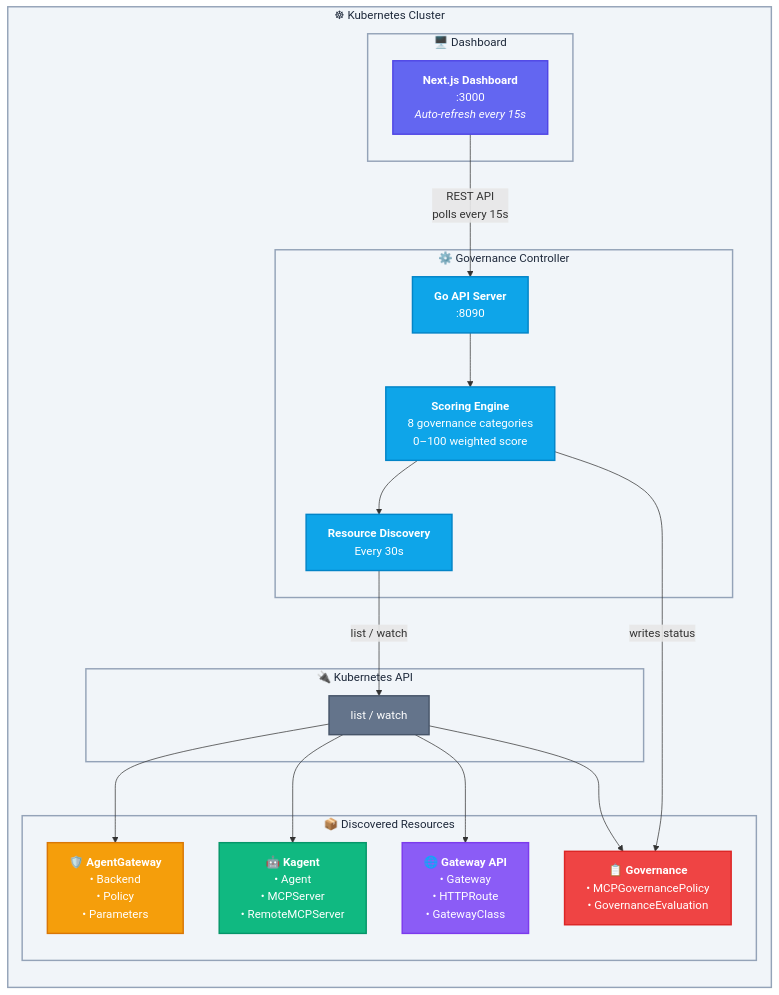
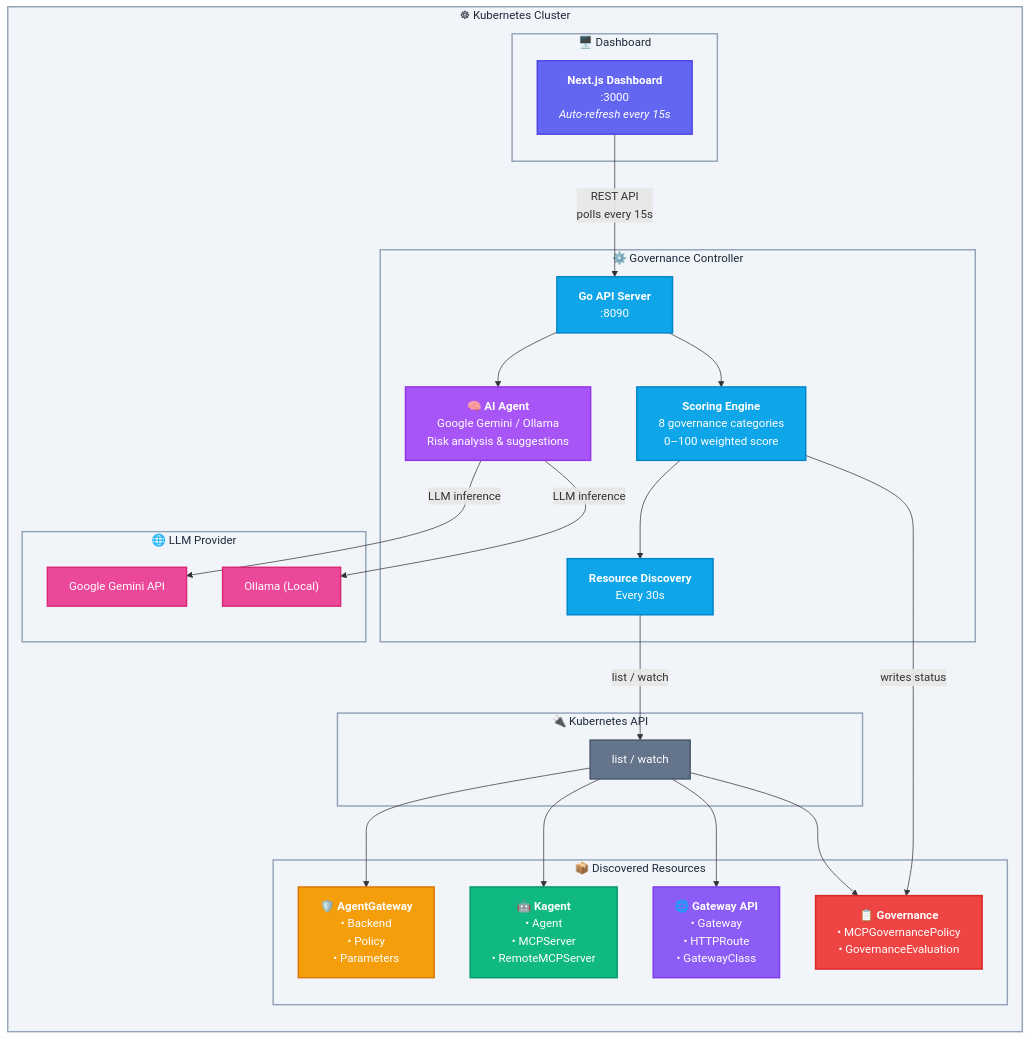
Before and after one commit to techwithhuz/mcp-security-governance: the diagram in README.md, drawn with Mermaid. The commit also changed other lines of this file and 20 other files, not shown here.

````diff
--- a/README.md
+++ b/README.md
@@ -61,55 +65,68 @@
 ```mermaid
 graph TB
     subgraph K8s["☸ Kubernetes Cluster"]
         direction TB
 
         subgraph UI["🖥️ Dashboard"]
             Dashboard["<b>Next.js Dashboard</b><br/>:3000<br/><i>Auto-refresh every 15s</i>"]
         end
 
         subgraph Ctrl["⚙️ Governance Controller"]
             API["<b>Go API Server</b><br/>:8090"]
             Evaluator["<b>Scoring Engine</b><br/>8 governance categories<br/>0–100 weighted score"]
+            AIAgent["<b>🧠 AI Agent</b><br/>Google Gemini / Ollama<br/>Risk analysis & suggestions"]
             Discovery["<b>Resource Discovery</b><br/>Every 30s"]
         end
 
         subgraph K8sAPI["🔌 Kubernetes API"]
             APIServer["list / watch"]
         end
 
         subgraph CRDs["📦 Discovered Resources"]
             AGW["<b>🛡️ AgentGateway</b><br/>• Backend<br/>• Policy<br/>• Parameters"]
             Kagent["<b>🤖 Kagent</b><br/>• Agent<br/>• MCPServer<br/>• RemoteMCPServer"]
             GW["<b>🌐 Gateway API</b><br/>• Gateway<br/>• HTTPRoute<br/>• GatewayClass"]
             GOV["<b>📋 Governance</b><br/>• MCPGovernancePolicy<br/>• GovernanceEvaluation"]
         end
+
+        subgraph LLM["🌐 LLM Provider"]
+            Gemini["Google Gemini API"]
+            Ollama["Ollama (Local)"]
+        end
     end
 
     Dashboard -- "REST API<br/>polls every 15s" --> API
     API --> Evaluator
+    API --> AIAgent
     Evaluator --> Discovery
+    AIAgent -- "LLM inference" --> Gemini
+    AIAgent -- "LLM inference" --> Ollama
     Discovery -- "list / watch" --> APIServer
     APIServer --> AGW
     APIServer --> Kagent
     APIServer --> GW
     APIServer --> GOV
     Evaluator -- "writes status" --> GOV
 
     classDef ui fill:#6366f1,stroke:#4f46e5,color:#fff,stroke-width:2px
     classDef ctrl fill:#0ea5e9,stroke:#0284c7,color:#fff,stroke-width:2px
     classDef api fill:#64748b,stroke:#475569,color:#fff,stroke-width:2px
     classDef agw fill:#f59e0b,stroke:#d97706,color:#fff,stroke-width:2px
     classDef kagent fill:#10b981,stroke:#059669,color:#fff,stroke-width:2px
     classDef gw fill:#8b5cf6,stroke:#7c3aed,color:#fff,stroke-width:2px
     classDef gov fill:#ef4444,stroke:#dc2626,color:#fff,stroke-width:2px
+    classDef ai fill:#a855f7,stroke:#9333ea,color:#fff,stroke-width:2px
+    classDef llm fill:#ec4899,stroke:#db2777,color:#fff,stroke-width:2px
     classDef cluster fill:#f1f5f9,stroke:#94a3b8,color:#1e293b,stroke-width:2px
 
     class Dashboard ui
     class API,Evaluator,Discovery ctrl
+    class AIAgent ai
     class APIServer api
     class AGW agw
     class Kagent kagent
     class GW gw
     class GOV gov
+    class Gemini,Ollama llm
     class K8s cluster
 ```
````
